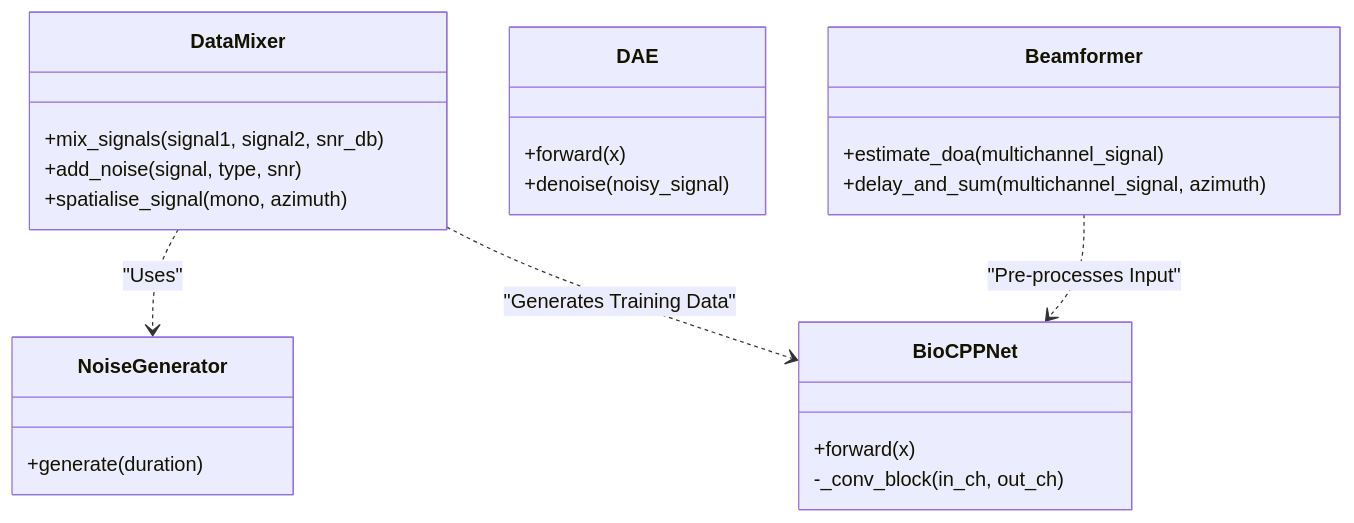
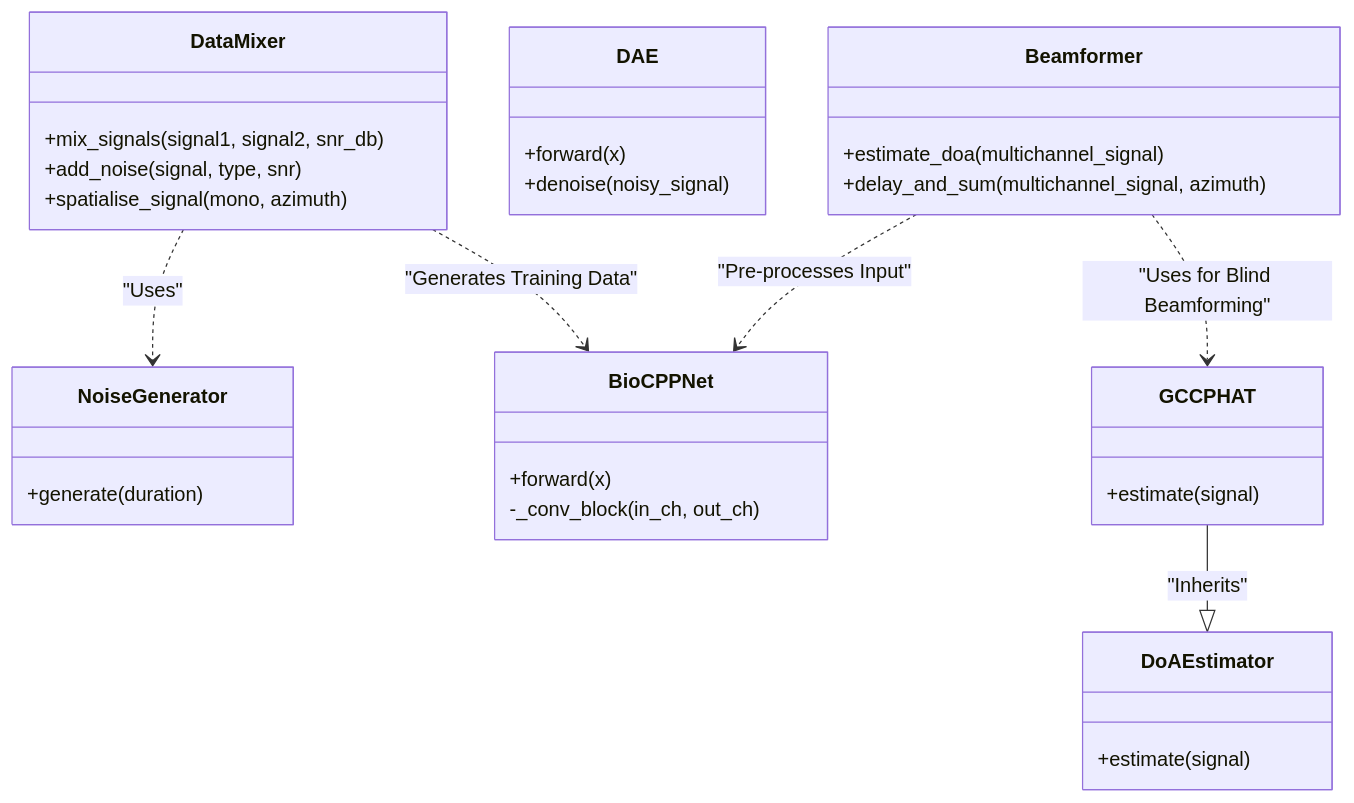
One commit to paulmziegler/BioCPPNet changed the second of 2 diagrams in docs/BioCPPNet/architecture.md. Above: the diagram before and after it, drawn with Mermaid. The commit also changed other lines of this file and 25 other files, not shown here.

````diff
--- a/docs/BioCPPNet/architecture.md
+++ b/docs/BioCPPNet/architecture.md
@@ -25,31 +25,41 @@
 ```mermaid
 classDiagram
     class DataMixer {
         +mix_signals(signal1, signal2, snr_db)
         +add_noise(signal, type, snr)
         +spatialise_signal(mono, azimuth)
     }
 
     class BioCPPNet {
         +forward(x)
         -_conv_block(in_ch, out_ch)
     }
     
     class DAE {
         +forward(x)
         +denoise(noisy_signal)
     }
 
     class Beamformer {
         +estimate_doa(multichannel_signal)
         +delay_and_sum(multichannel_signal, azimuth)
     }
     
     class NoiseGenerator {
         +generate(duration)
     }
+    
+    class DoAEstimator {
+        +estimate(signal)
+    }
+    
+    class GCCPHAT {
+        +estimate(signal)
+    }
 
     DataMixer ..> NoiseGenerator : "Uses"
     DataMixer ..> BioCPPNet : "Generates Training Data"
     Beamformer ..> BioCPPNet : "Pre-processes Input"
+    GCCPHAT --|> DoAEstimator : "Inherits"
+    Beamformer ..> GCCPHAT : "Uses for Blind Beamforming"
 ```
````
